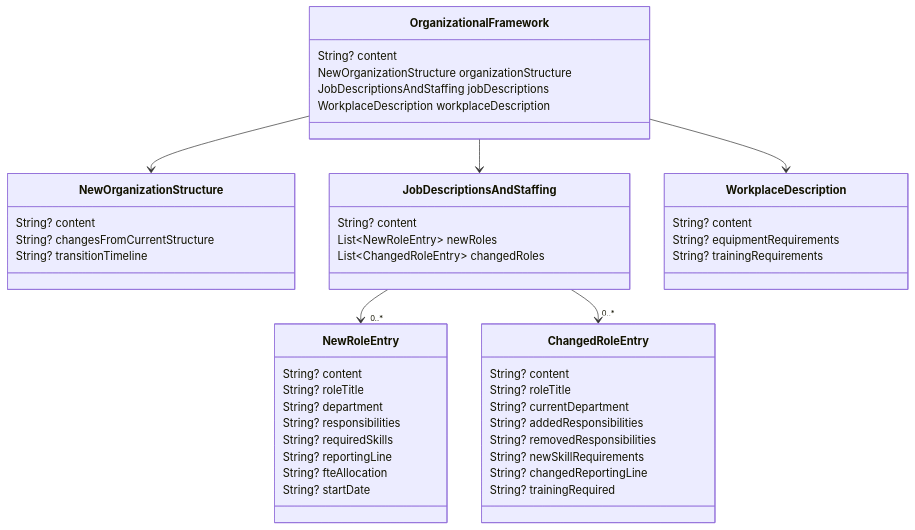
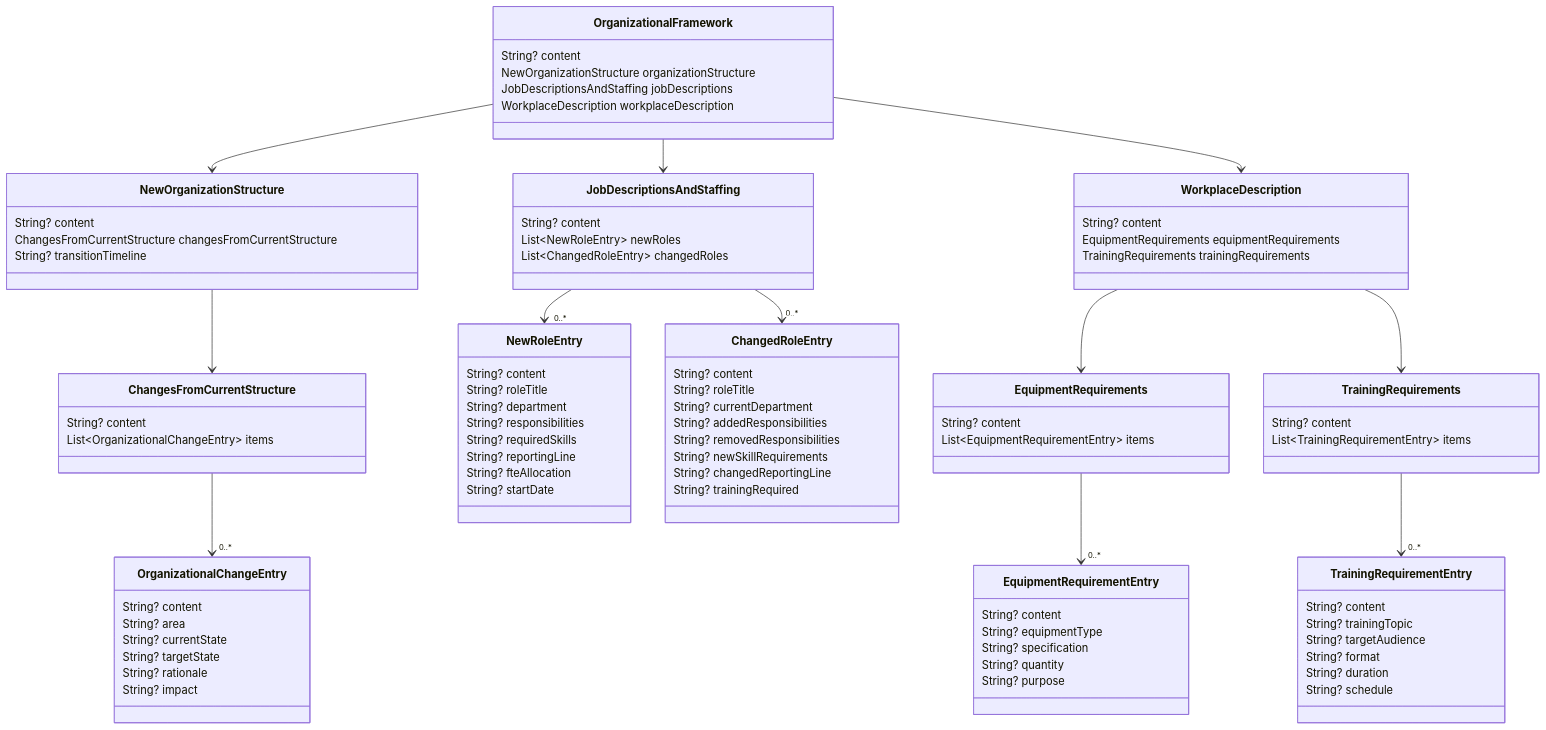
Before and after one commit to al-the-bear/tom_ai_build: the tenth of 20 diagrams in tom_specs_model/doc/pd_project_definition_model.md, drawn with Mermaid. The commit also changed other lines of this file and 7 other files, not shown here.

````diff
--- a/tom_specs_model/doc/pd_project_definition_model.md
+++ b/tom_specs_model/doc/pd_project_definition_model.md
@@ -493,8 +644,22 @@
 
     class NewOrganizationStructure {
         String? content
-        String? changesFromCurrentStructure
+        ChangesFromCurrentStructure changesFromCurrentStructure
         String? transitionTimeline
+    }
+
+    class ChangesFromCurrentStructure {
+        String? content
+        List~OrganizationalChangeEntry~ items
+    }
+
+    class OrganizationalChangeEntry {
+        String? content
+        String? area
+        String? currentState
+        String? targetState
+        String? rationale
+        String? impact
     }
 
     class JobDescriptionsAndStaffing {
@@ -527,13 +692,46 @@
 
     class WorkplaceDescription {
         String? content
-        String? equipmentRequirements
-        String? trainingRequirements
+        EquipmentRequirements equipmentRequirements
+        TrainingRequirements trainingRequirements
+    }
+
+    class EquipmentRequirements {
+        String? content
+        List~EquipmentRequirementEntry~ items
+    }
+
+    class EquipmentRequirementEntry {
+        String? content
+        String? equipmentType
+        String? specification
+        String? quantity
+        String? purpose
+    }
+
+    class TrainingRequirements {
+        String? content
+        List~TrainingRequirementEntry~ items
+    }
+
+    class TrainingRequirementEntry {
+        String? content
+        String? trainingTopic
+        String? targetAudience
+        String? format
+        String? duration
+        String? schedule
     }
 
     OrganizationalFramework --> NewOrganizationStructure
     OrganizationalFramework --> JobDescriptionsAndStaffing
     OrganizationalFramework --> WorkplaceDescription
+    NewOrganizationStructure --> ChangesFromCurrentStructure
+    ChangesFromCurrentStructure --> "0..*" OrganizationalChangeEntry
     JobDescriptionsAndStaffing --> "0..*" NewRoleEntry
     JobDescriptionsAndStaffing --> "0..*" ChangedRoleEntry
+    WorkplaceDescription --> EquipmentRequirements
+    WorkplaceDescription --> TrainingRequirements
+    EquipmentRequirements --> "0..*" EquipmentRequirementEntry
+    TrainingRequirements --> "0..*" TrainingRequirementEntry
 ```
````
